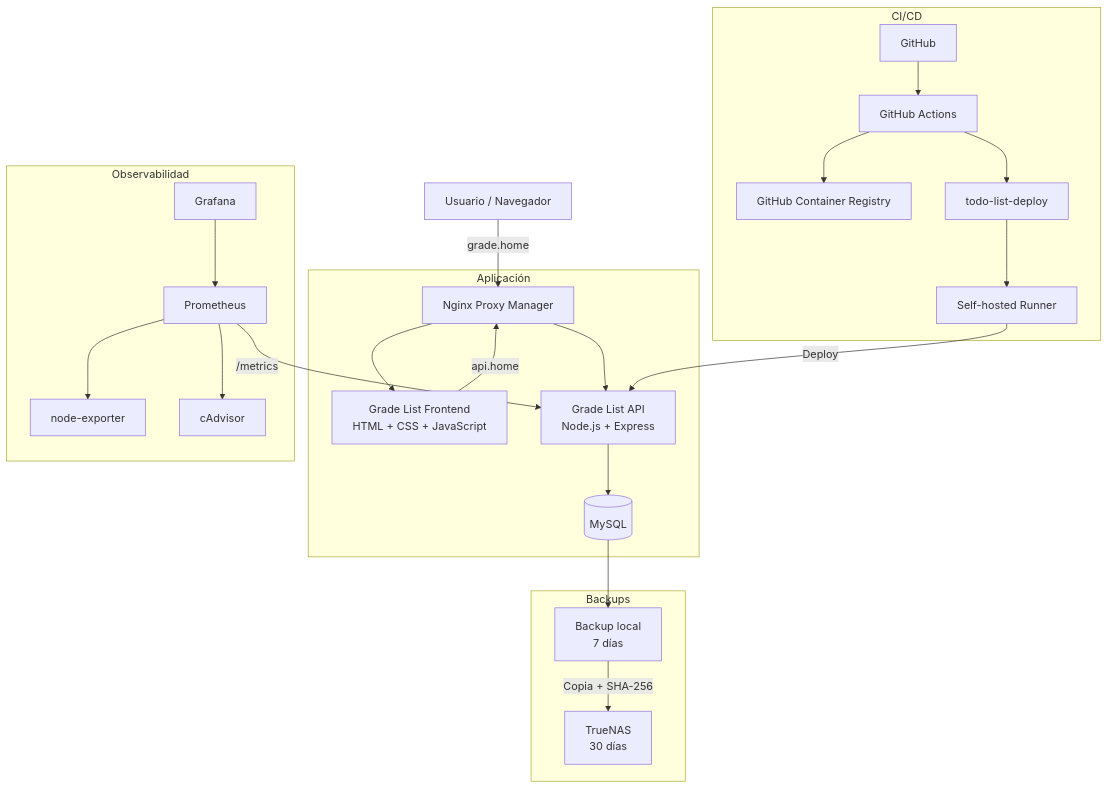
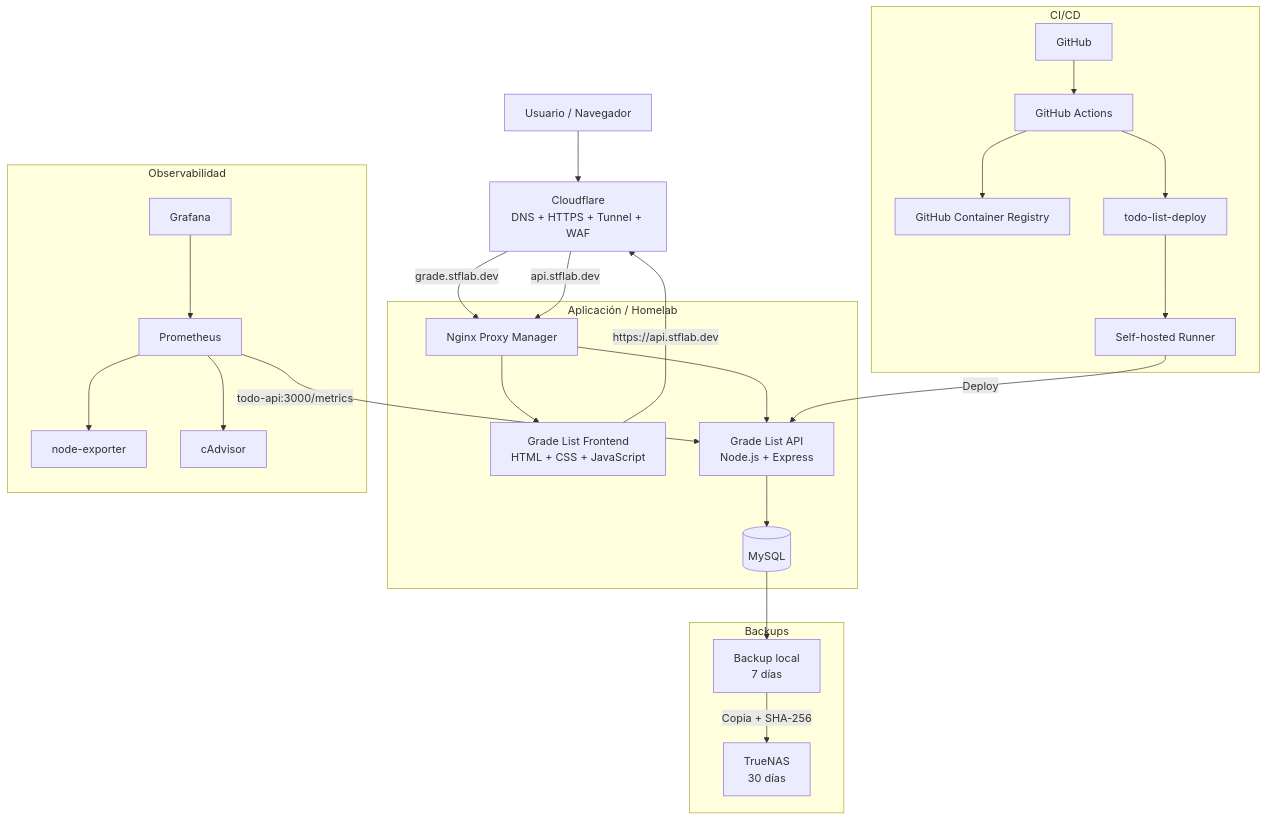
One commit to Graderd/Todo-List changed the diagram in README.md. Above: the diagram before and after it, drawn with Mermaid. The commit also changed other lines of this file, not shown here.

````diff
--- a/README.md
+++ b/README.md
@@ -34,52 +34,55 @@
 ```mermaid
 flowchart TB
 
     USER[Usuario / Navegador]
+    CF[Cloudflare<br/>DNS + HTTPS + Tunnel + WAF]
 
-    subgraph APP["Aplicación"]
+    subgraph APP["Aplicación / Homelab"]
         NPM[Nginx Proxy Manager]
         FE[Grade List Frontend<br/>HTML + CSS + JavaScript]
         API[Grade List API<br/>Node.js + Express]
         DB[(MySQL)]
     end
 
-    USER -->|grade.home| NPM
+    USER --> CF
+    CF -->|grade.stflab.dev| NPM
     NPM --> FE
-    FE -->|api.home| NPM
+    FE -->|https://api.stflab.dev| CF
+    CF -->|api.stflab.dev| NPM
     NPM --> API
     API --> DB
 
     subgraph BACKUP["Backups"]
         LOCAL[Backup local<br/>7 días]
         NAS[TrueNAS<br/>30 días]
     end
 
     DB --> LOCAL
     LOCAL -->|Copia + SHA-256| NAS
 
     subgraph OBS["Observabilidad"]
         PROM[Prometheus]
         GRAF[Grafana]
         NODE[node-exporter]
         CAD[cAdvisor]
     end
 
-    PROM -->|/metrics| API
+    PROM -->|todo-api:3000/metrics| API
     PROM --> NODE
     PROM --> CAD
     GRAF --> PROM
 
     subgraph CICD["CI/CD"]
         GH[GitHub]
         ACTIONS[GitHub Actions]
         GHCR[GitHub Container Registry]
         DEPLOY[todo-list-deploy]
         RUNNER[Self-hosted Runner]
     end
 
     GH --> ACTIONS
     ACTIONS --> GHCR
     ACTIONS --> DEPLOY
     DEPLOY --> RUNNER
     RUNNER -->|Deploy| API
 ```
````
